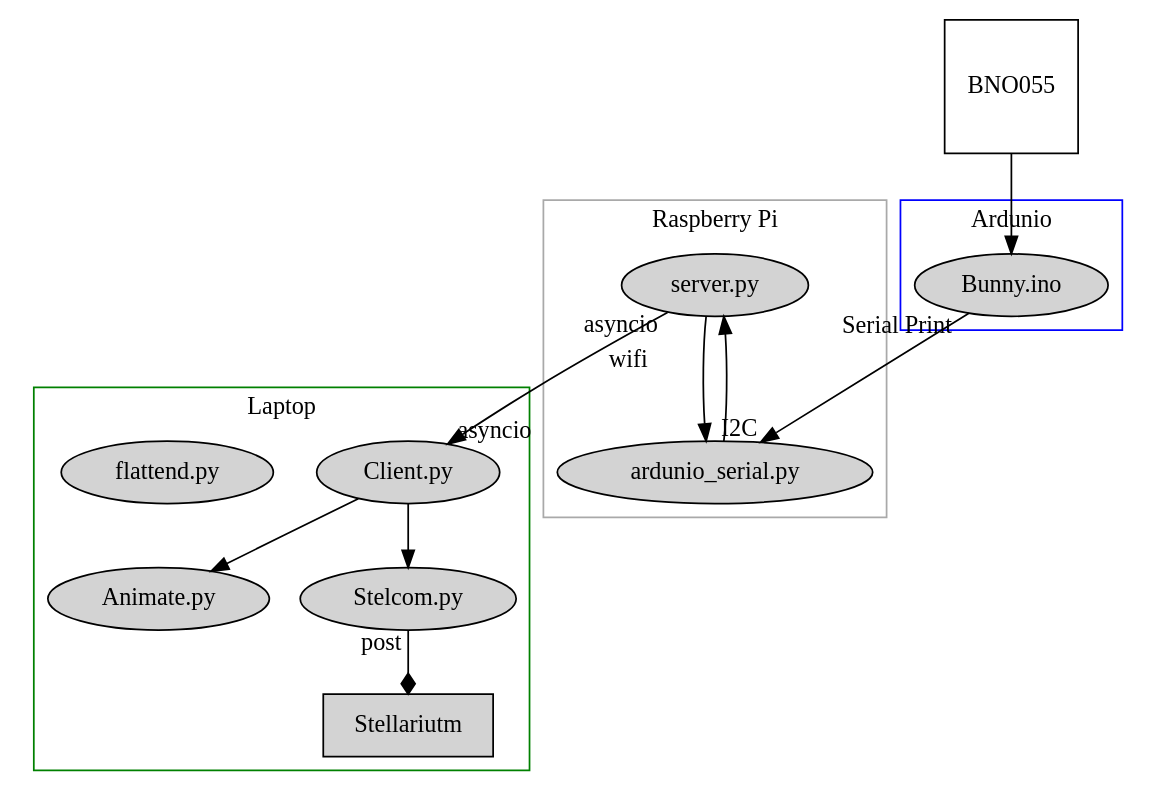
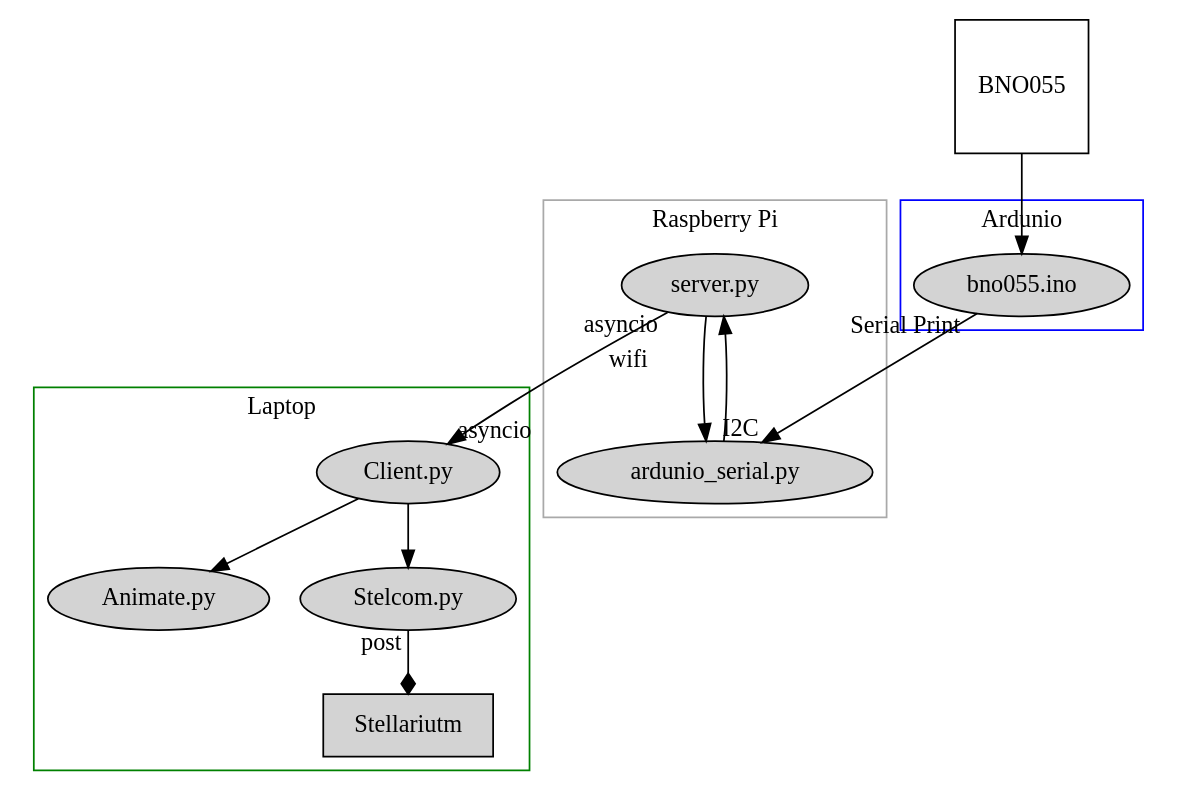
Before and after one commit to albioninnovate/sensors_telescope: the diagram in utils/test.dot, drawn with Graphviz. The commit also changed 2 other files, not shown here.

```diff
--- a/utils/test.dot
+++ b/utils/test.dot
@@ -1,37 +1,36 @@
 
 digraph {
 	layout=dot
 	subgraph cluster_Arduino {
 		color=blue;
 		node [style=filled];
-		"Bunny.ino" ;
+		"bno055.ino" ;
 		label = "Ardunio";
 		}
 
 	subgraph cluster_Rpi {
 		color=darkgrey;
 		node [style=filled];
 		"server.py" -> "ardunio_serial.py";
 		label = "Raspberry Pi";
 		}
 
-
 	subgraph cluster_Laptop {
 		color=green;
 		node [style=filled];
 		"Client.py"->"Animate.py", "Stelcom.py";
-		"Stellariutm", "flattend.py";
+		"Stellariutm";
 		label = "Laptop";
 		}
 
-	BNO055 -> "Bunny.ino"
+	BNO055 -> "bno055.ino"
 	BNO055 [shape=square]
-	"Bunny.ino" -> "ardunio_serial.py" [taillabel = "Serial Print", headlabel = "I2C"]
+	"bno055.ino" -> "ardunio_serial.py" [taillabel = "Serial Print", headlabel = "I2C"]
 	"server.py" ->"Client.py" [taillabel="asyncio", label = "wifi", headlabel = "asyncio" ]
 	"Stelcom.py"-> "Stellariutm"[taillabel = "post", arrowhead = diamond]
 	"ardunio_serial.py"->"server.py"
 	"Stellariutm" [shape=arrow];
 
 
 
 }
```
